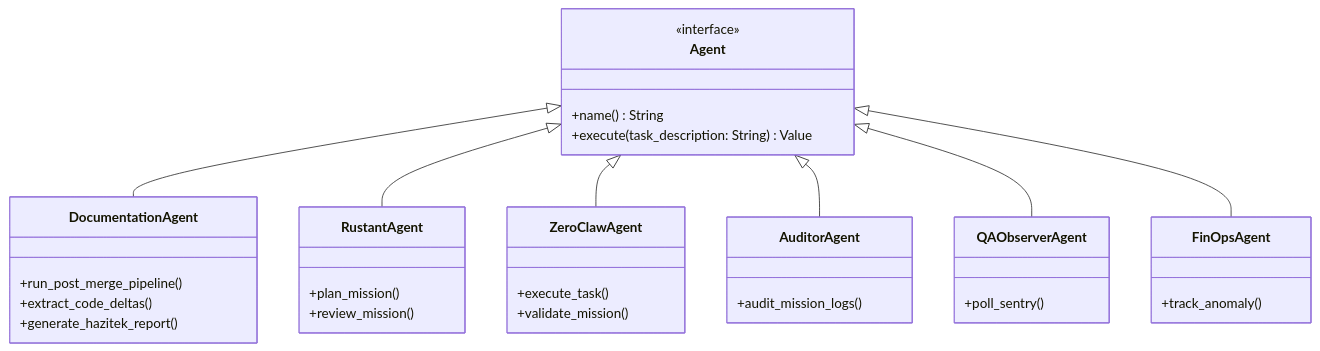
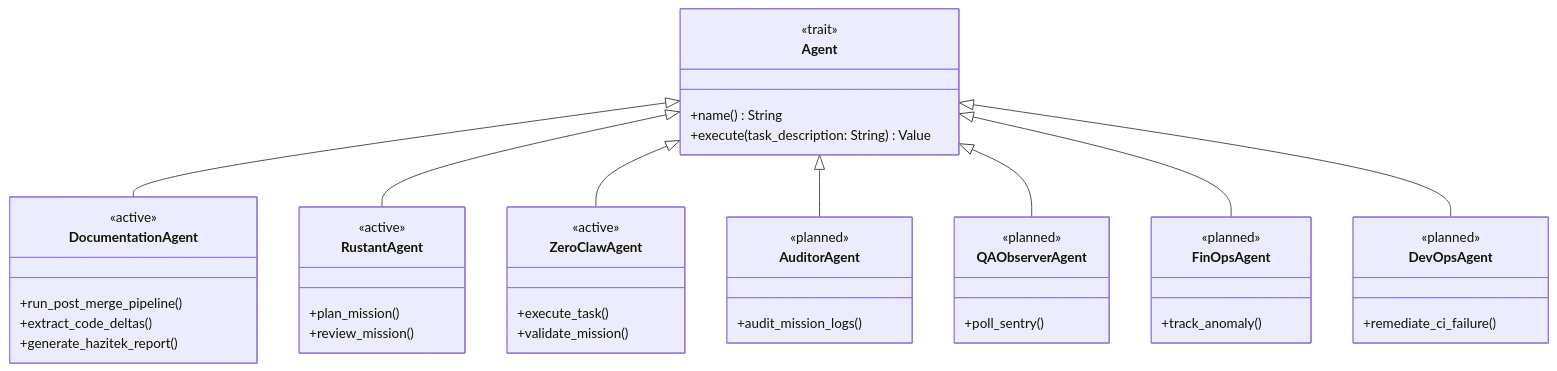
One commit to lgcorzo/rust_CACD_autonomous_factory changed the third of 4 diagrams in wiki/AGENT-SPECIFICATIONS.md. Above: the diagram before and after it, drawn with Mermaid. The commit also changed other lines of this file and 3 other files, not shown here.

Commit message:
docs: add Mermaid UML and C4 diagrams to architecture documents

````diff
--- a/wiki/AGENT-SPECIFICATIONS.md
+++ b/wiki/AGENT-SPECIFICATIONS.md
@@ -79,37 +125,48 @@
 ```mermaid
 classDiagram
     class Agent {
-        <<interface>>
+        <<trait>>
         +name() String
         +execute(task_description: String) Value
     }
     class DocumentationAgent {
+        <<active>>
         +run_post_merge_pipeline()
         +extract_code_deltas()
         +generate_hazitek_report()
     }
     class RustantAgent {
+        <<active>>
         +plan_mission()
         +review_mission()
     }
     class ZeroClawAgent {
+        <<active>>
         +execute_task()
         +validate_mission()
     }
     class AuditorAgent {
+        <<planned>>
         +audit_mission_logs()
     }
     class QAObserverAgent {
+        <<planned>>
         +poll_sentry()
     }
     class FinOpsAgent {
+        <<planned>>
         +track_anomaly()
+    }
+    class DevOpsAgent {
+        <<planned>>
+        +remediate_ci_failure()
     }
     
     Agent <|-- DocumentationAgent
     Agent <|-- RustantAgent
     Agent <|-- ZeroClawAgent
     Agent <|-- AuditorAgent
     Agent <|-- QAObserverAgent
     Agent <|-- FinOpsAgent
+    Agent <|-- DevOpsAgent
 ```
````
